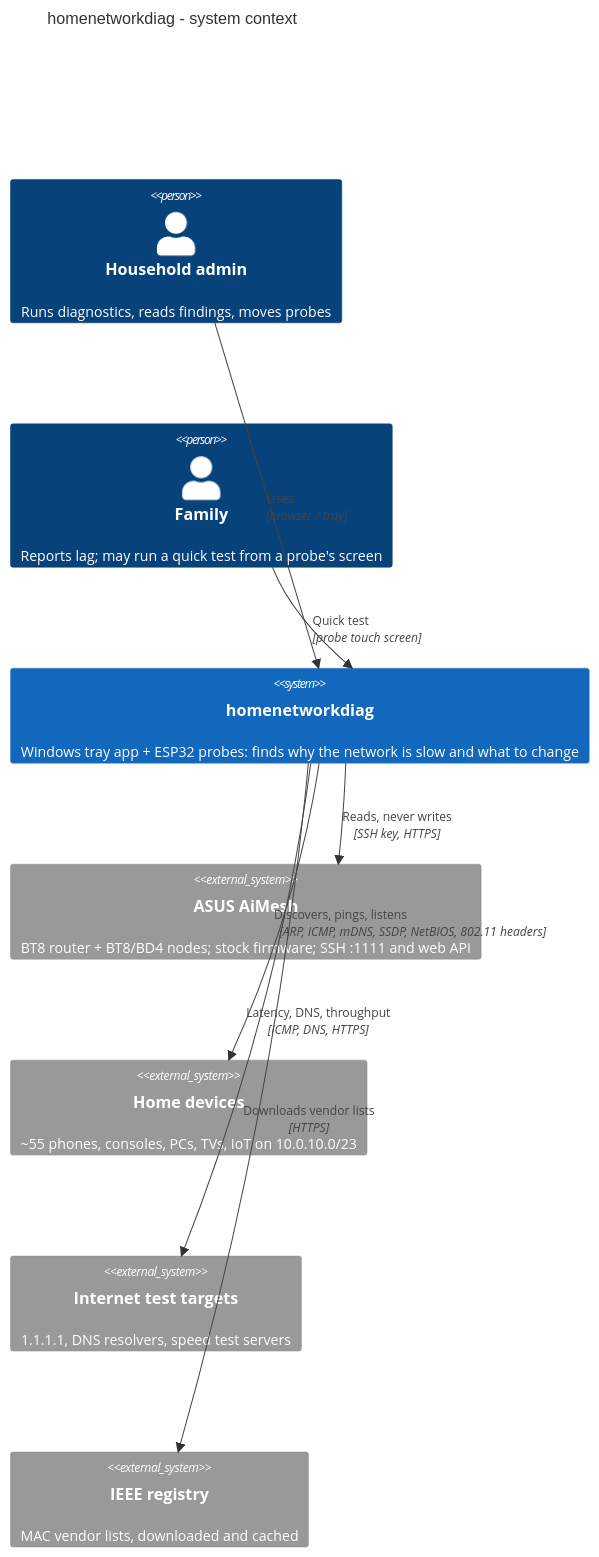
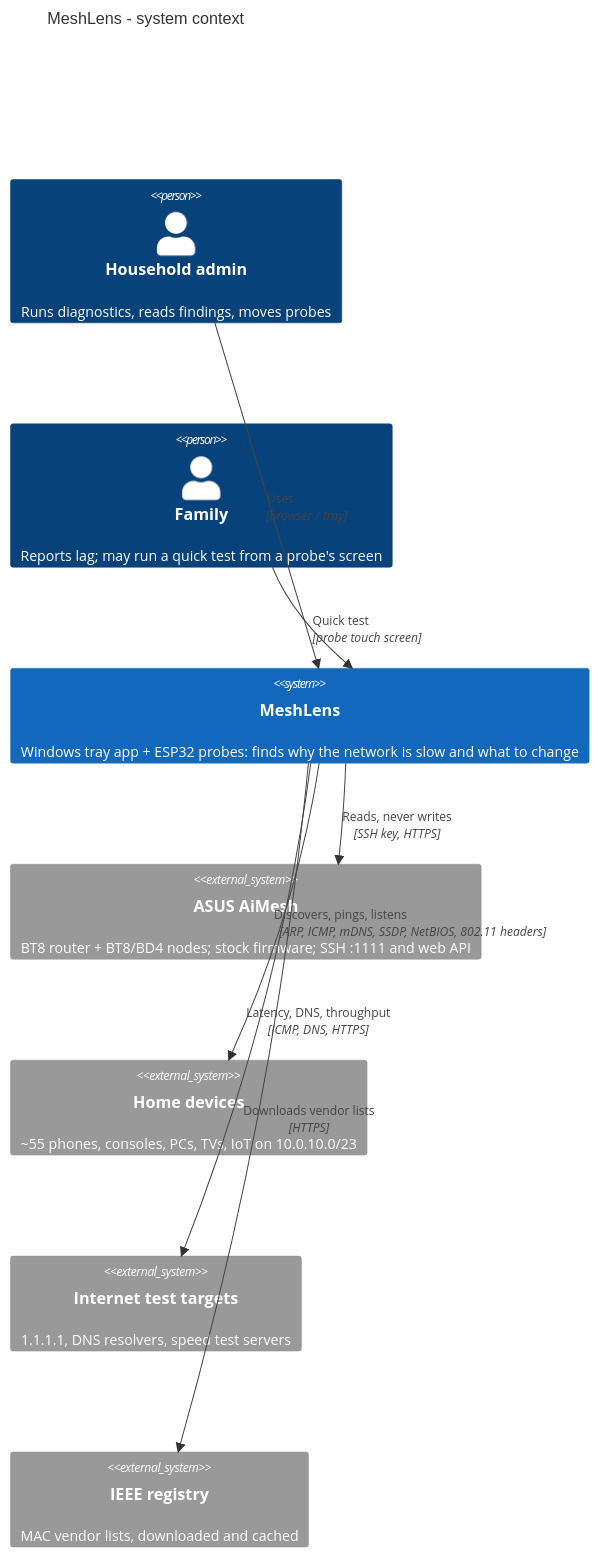
One commit to markbac/homenetworkdiag changed the first of 5 diagrams in docs/03-architecture.md. Above: the diagram before and after it, drawn with Mermaid. The commit also changed other lines of this file and 5 other files, not shown here.

Commit message:
Spec: name MeshLens; Pi-hole and Home Assistant plug-ins; probe screens and report contents agreed

````diff
--- a/docs/03-architecture.md
+++ b/docs/03-architecture.md
@@ -7,17 +7,17 @@
 ```mermaid
 C4Context
-  title homenetworkdiag - system context
+  title MeshLens - system context
   Person(admin, "Household admin", "Runs diagnostics, reads findings, moves probes")
   Person(family, "Family", "Reports lag; may run a quick test from a probe's screen")
-  System(hnd, "homenetworkdiag", "Windows tray app + ESP32 probes: finds why the network is slow and what to change")
+  System(hnd, "MeshLens", "Windows tray app + ESP32 probes: finds why the network is slow and what to change")
   System_Ext(asus, "ASUS AiMesh", "BT8 router + BT8/BD4 nodes; stock firmware; SSH :1111 and web API")
   System_Ext(lan, "Home devices", "~55 phones, consoles, PCs, TVs, IoT on 10.0.10.0/23")
   System_Ext(inet, "Internet test targets", "1.1.1.1, DNS resolvers, speed test servers")
   System_Ext(ieee, "IEEE registry", "MAC vendor lists, downloaded and cached")
   Rel(admin, hnd, "Uses", "browser / tray")
   Rel(family, hnd, "Quick test", "probe touch screen")
   Rel(hnd, asus, "Reads, never writes", "SSH key, HTTPS")
   Rel(hnd, lan, "Discovers, pings, listens", "ARP, ICMP, mDNS, SSDP, NetBIOS, 802.11 headers")
   Rel(hnd, inet, "Latency, DNS, throughput", "ICMP, DNS, HTTPS")
   Rel(hnd, ieee, "Downloads vendor lists", "HTTPS")
 ```
````
